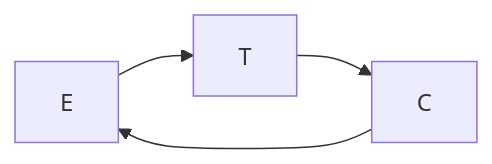
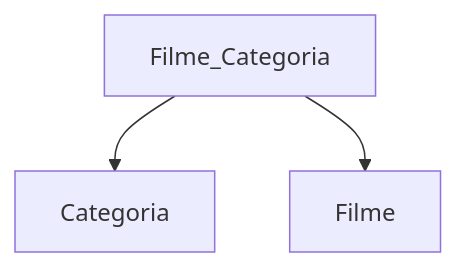
The diagram in 4sem/Lab BD/2019-03-14.md (mrother/fatec), drawn with Mermaid before and after one commit. The commit also changed other lines of this file, not shown here.

````diff
--- a/4sem/Lab BD/2019-03-14.md
+++ b/4sem/Lab BD/2019-03-14.md
@@ -73,6 +73,5 @@
 ```mermaid
-graph LR
-    E --> T
-    T --> C
-    C --> E
+graph TD
+    Filme_Categoria --> Categoria
+    Filme_Categoria --> Filme
 ```
````
